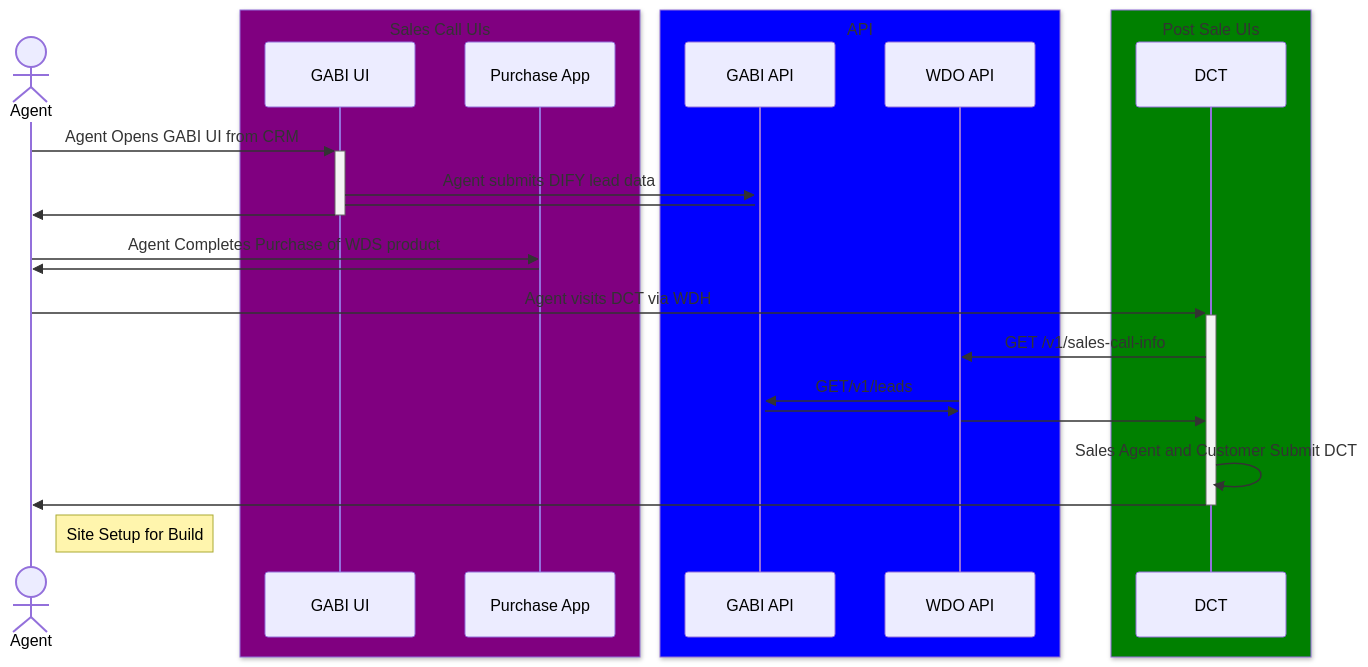
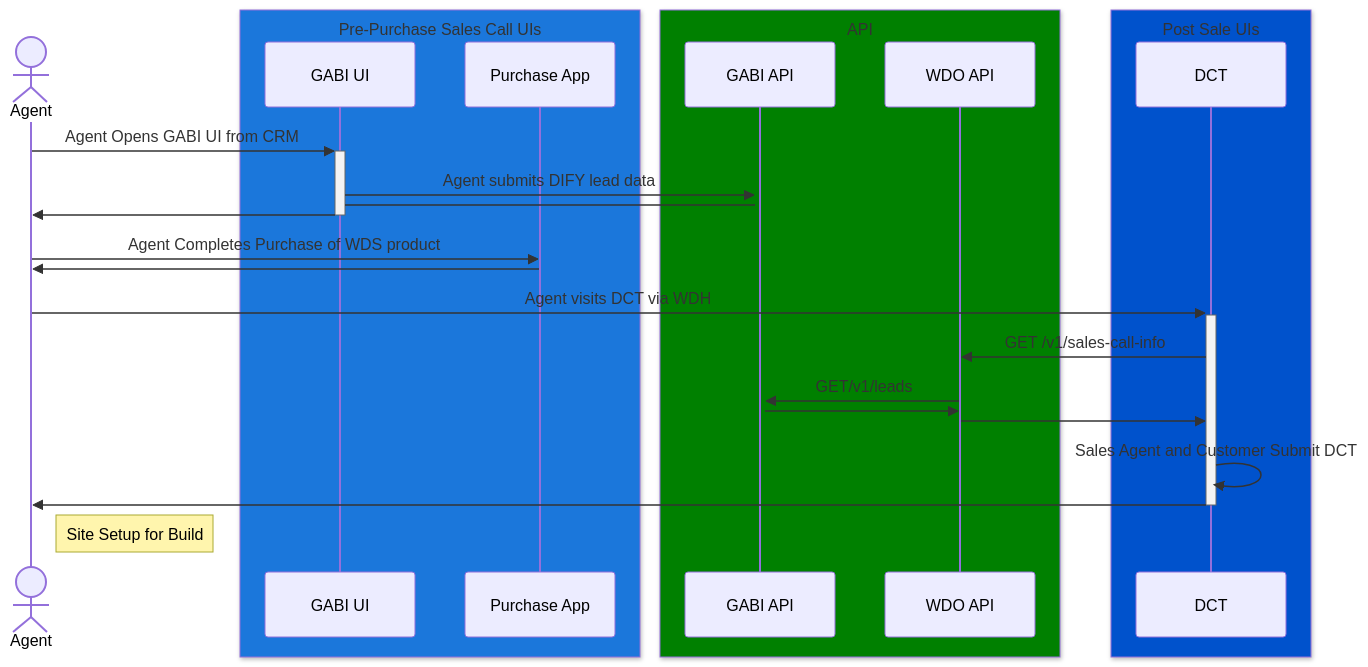
One commit to mzhan1-godaddy/diagrams changed the diagram in gabi-instant-onboard-a.md. Above: the diagram before and after it, drawn with Mermaid.

Commit message:
update colors

````diff
--- a/gabi-instant-onboard-a.md
+++ b/gabi-instant-onboard-a.md
@@ -1,29 +1,29 @@
 ```mermaid
 sequenceDiagram
     actor Agent
-    box Purple Sales Call UIs
+    box rgb(27, 119, 219) Pre-Purchase Sales Call UIs
         participant GABI UI
         participant Purchase App
     end
-    box Blue API
+    box green API
         participant GABI API
         participant WDO API
     end
-    box Green Post Sale UIs
+    box rgb(0, 82, 204) Post Sale UIs
         participant DCT
     end
     Agent ->>+ GABI UI: Agent Opens GABI UI from CRM
     GABI UI ->>+ GABI API: Agent submits DIFY lead data
     GABI API->GABI UI:  
     GABI UI->>-Agent: 
     Agent->>Purchase App: Agent Completes Purchase of WDS product
     Purchase App->>Agent: 
     Agent->>+DCT: Agent visits DCT via WDH
     DCT->>WDO API: GET /v1/sales-call-info
     WDO API->>GABI API: GET/v1/leads
     GABI API->>WDO API: 
     WDO API->>DCT: 
     DCT->>DCT: Sales Agent and Customer Submit DCT
     DCT->>-Agent: 
     note right of Agent: Site Setup for Build
 ```
````
